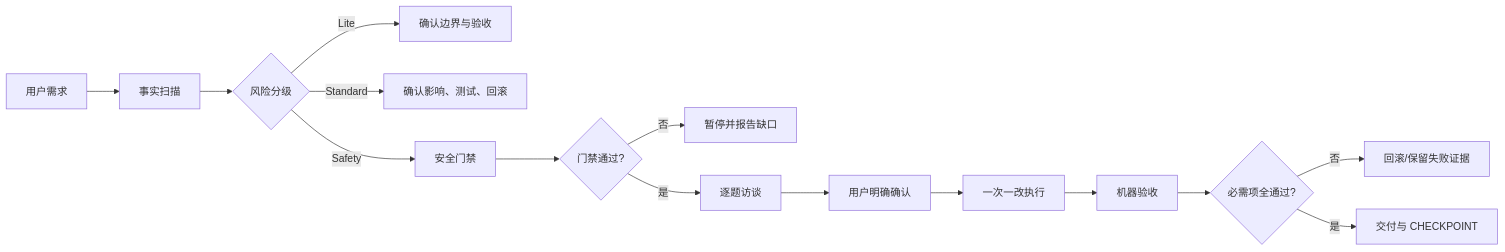
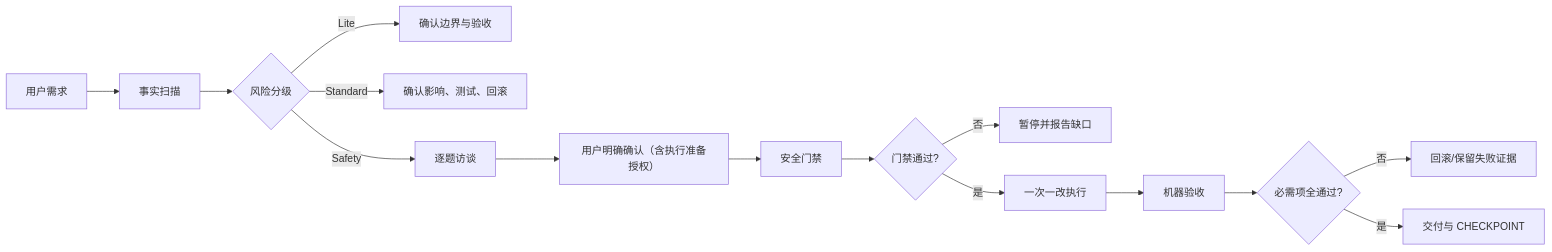
One commit to OnebugIS/dsh-grill-me-safety changed the first of 2 diagrams in README.md. Above: the diagram before and after it, drawn with Mermaid. The commit also changed other lines of this file and 2 other files, not shown here.

Commit message:
docs: align authorization and acceptance flow

````diff
--- a/README.md
+++ b/README.md
@@ -13,17 +13,17 @@
 ```mermaid
 flowchart LR
     A[用户需求] --> B[事实扫描]
     B --> C{风险分级}
     C -->|Lite| D[确认边界与验收]
     C -->|Standard| E[确认影响、测试、回滚]
-    C -->|Safety| F[安全门禁]
+    C -->|Safety| I[逐题访谈]
+    I --> J[用户明确确认（含执行准备授权）]
+    J --> F[安全门禁]
     F --> G{门禁通过?}
     G -->|否| H[暂停并报告缺口]
-    G -->|是| I[逐题访谈]
-    I --> J[用户明确确认]
-    J --> K[一次一改执行]
+    G -->|是| K[一次一改执行]
     K --> L[机器验收]
     L --> M{必需项全通过?}
     M -->|否| N[回滚/保留失败证据]
     M -->|是| O[交付与 CHECKPOINT]
 ```
````
